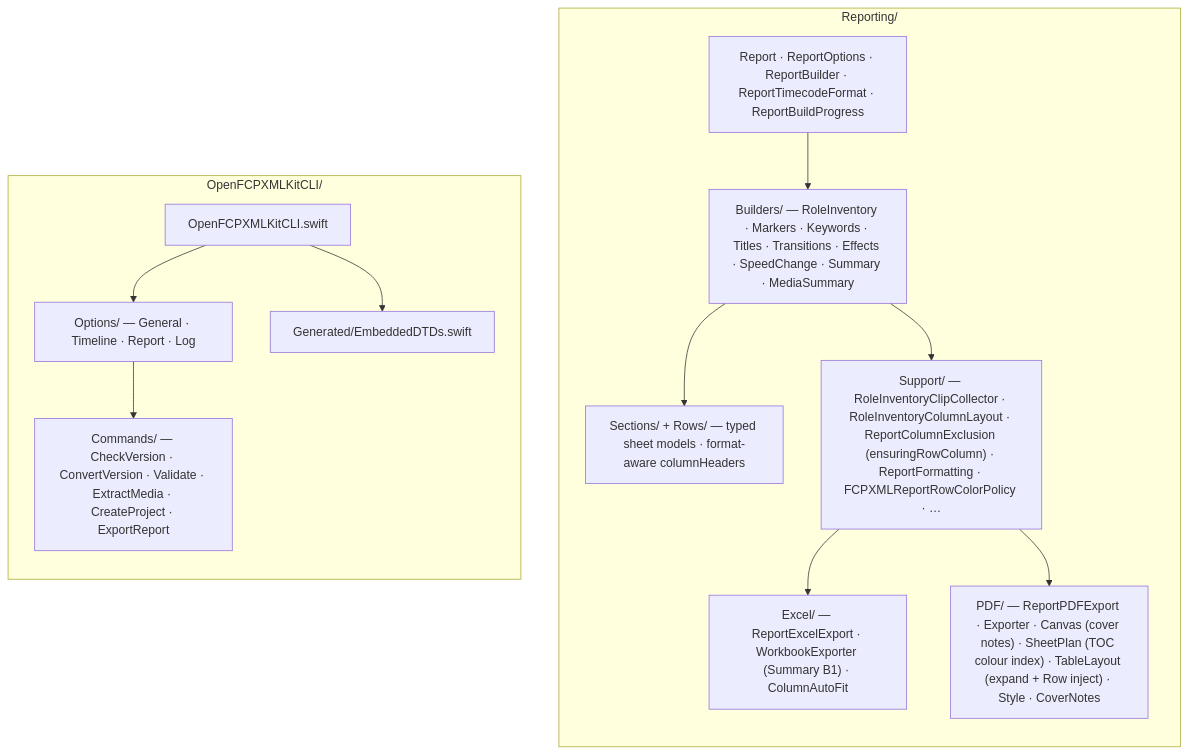
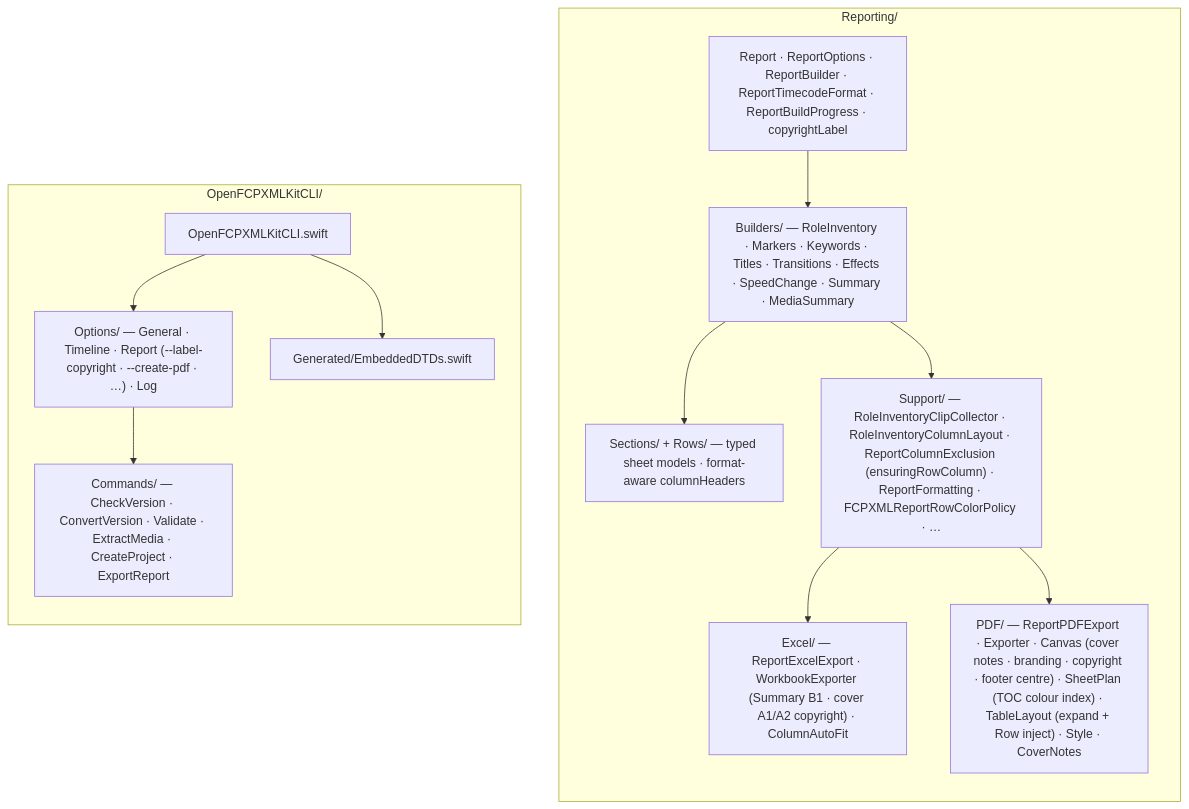
Before and after one commit to TheAcharya/OpenFCPXMLKit: the third of 4 diagrams in ARCHITECTURE.md, drawn with Mermaid. The commit also changed other lines of this file and 12 other files, not shown here.

First line of the commit message:
Document 3.0.7: copyright label, deps, and test counts.

````diff
--- a/ARCHITECTURE.md
+++ b/ARCHITECTURE.md
@@ -187,26 +188,26 @@
 ```mermaid
 flowchart TB
     subgraph REP_DETAIL["Reporting/"]
         direction TB
-        R_TOP["Report · ReportOptions · ReportBuilder · ReportTimecodeFormat · ReportBuildProgress"]
+        R_TOP["Report · ReportOptions · ReportBuilder · ReportTimecodeFormat · ReportBuildProgress · copyrightLabel"]
         R_BLD["Builders/ — RoleInventory · Markers · Keywords · Titles · Transitions · Effects · SpeedChange · Summary · MediaSummary"]
         R_SEC["Sections/ + Rows/ — typed sheet models · format-aware columnHeaders"]
         R_SUP["Support/ — RoleInventoryClipCollector · RoleInventoryColumnLayout · ReportColumnExclusion (ensuringRowColumn) · ReportFormatting · FCPXMLReportRowColorPolicy · …"]
-        R_XLS["Excel/ — ReportExcelExport · WorkbookExporter (Summary B1) · ColumnAutoFit"]
-        R_PDF["PDF/ — ReportPDFExport · Exporter · Canvas (cover notes) · SheetPlan (TOC colour index) · TableLayout (expand + Row inject) · Style · CoverNotes"]
+        R_XLS["Excel/ — ReportExcelExport · WorkbookExporter (Summary B1 · cover A1/A2 copyright) · ColumnAutoFit"]
+        R_PDF["PDF/ — ReportPDFExport · Exporter · Canvas (cover notes · branding · copyright · footer centre) · SheetPlan (TOC colour index) · TableLayout (expand + Row inject) · Style · CoverNotes"]
         R_TOP --> R_BLD --> R_SEC
         R_BLD --> R_SUP
         R_SUP --> R_XLS
         R_SUP --> R_PDF
     end
 
     subgraph CLI_DETAIL["OpenFCPXMLKitCLI/"]
         direction TB
         C_ROOT["OpenFCPXMLKitCLI.swift"]
-        C_OPT["Options/ — General · Timeline · Report · Log"]
+        C_OPT["Options/ — General · Timeline · Report (--label-copyright · --create-pdf · …) · Log"]
         C_CMD["Commands/ — CheckVersion · ConvertVersion · Validate · ExtractMedia · CreateProject · ExportReport"]
         C_GEN["Generated/EmbeddedDTDs.swift"]
         C_ROOT --> C_OPT --> C_CMD
         C_ROOT --> C_GEN
     end
 ```
````
